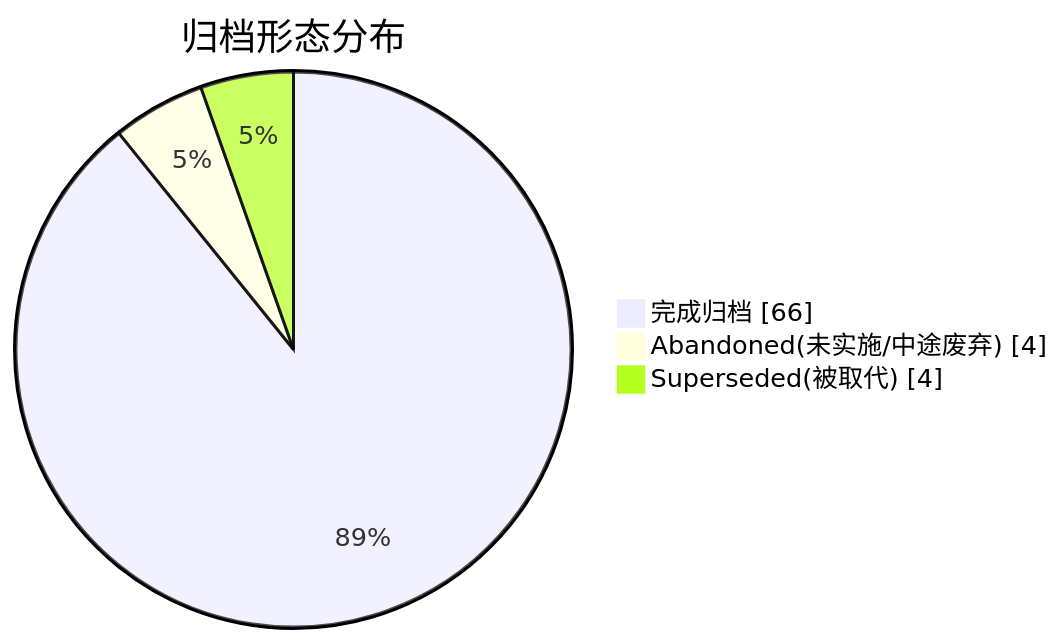
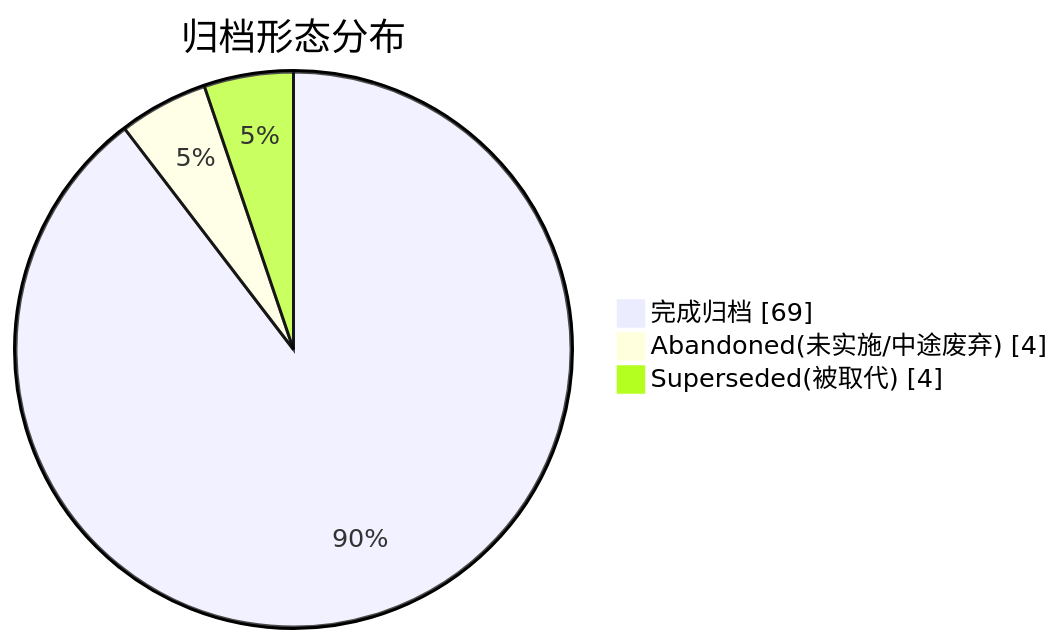
One commit to golddream-y/obsidian-ratel changed the second of 2 diagrams in docs/superpowers/ARCHIVE.md. Above: the diagram before and after it, drawn with Mermaid. The commit also changed other lines of this file and 8 other files, not shown here.

````diff
--- a/docs/superpowers/ARCHIVE.md
+++ b/docs/superpowers/ARCHIVE.md
@@ -24,6 +24,6 @@
 ```mermaid
 pie showData title 归档形态分布
-    "完成归档" : 66
+    "完成归档" : 69
     "Abandoned(未实施/中途废弃)" : 4
     "Superseded(被取代)" : 4
 ```
````
